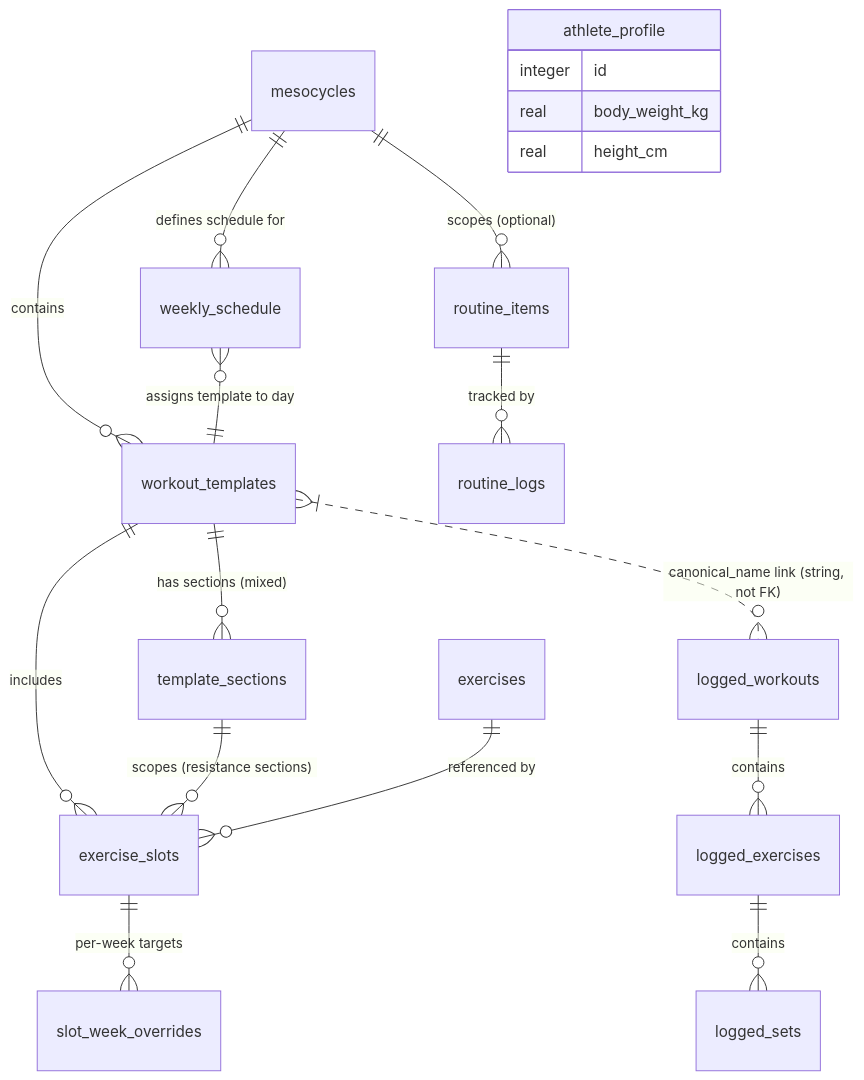
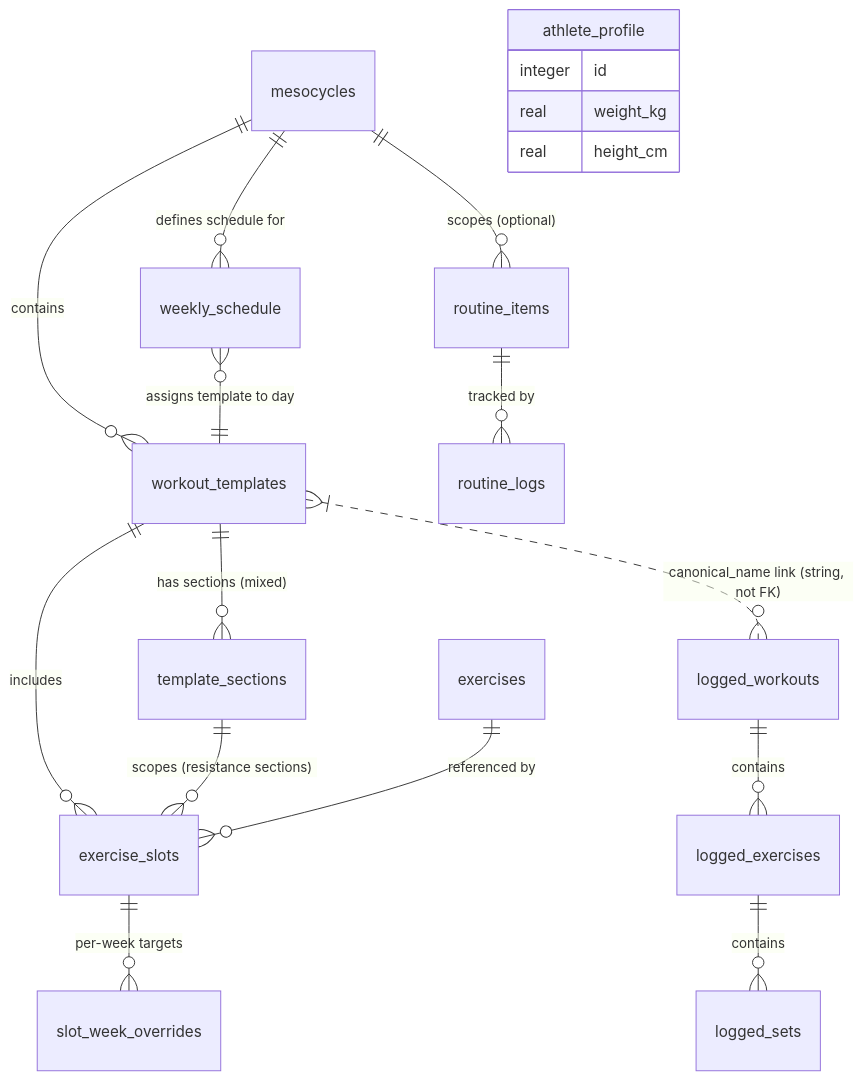
Before and after one commit to yaronmolho1/fitness-app: the second of 2 diagrams in docs/architecture.md, drawn with Mermaid. The commit also changed 7 other files, not shown here.

````diff
--- a/docs/architecture.md
+++ b/docs/architecture.md
@@ -54,23 +54,23 @@
 ```mermaid
 erDiagram
     mesocycles ||--o{ workout_templates : "contains"
     mesocycles ||--o{ weekly_schedule : "defines schedule for"
     mesocycles ||--o{ routine_items : "scopes (optional)"
     workout_templates ||--o{ template_sections : "has sections (mixed)"
     workout_templates ||--o{ exercise_slots : "includes"
     template_sections ||--o{ exercise_slots : "scopes (resistance sections)"
     exercises ||--o{ exercise_slots : "referenced by"
     exercise_slots ||--o{ slot_week_overrides : "per-week targets"
     weekly_schedule }o--|| workout_templates : "assigns template to day"
 
     logged_workouts ||--o{ logged_exercises : "contains"
     logged_exercises ||--o{ logged_sets : "contains"
     routine_items ||--o{ routine_logs : "tracked by"
     athlete_profile {
         integer id
-        real body_weight_kg
+        real weight_kg
         real height_cm
     }
 
     workout_templates }|..o{ logged_workouts : "canonical_name link (string, not FK)"
 ```
````
